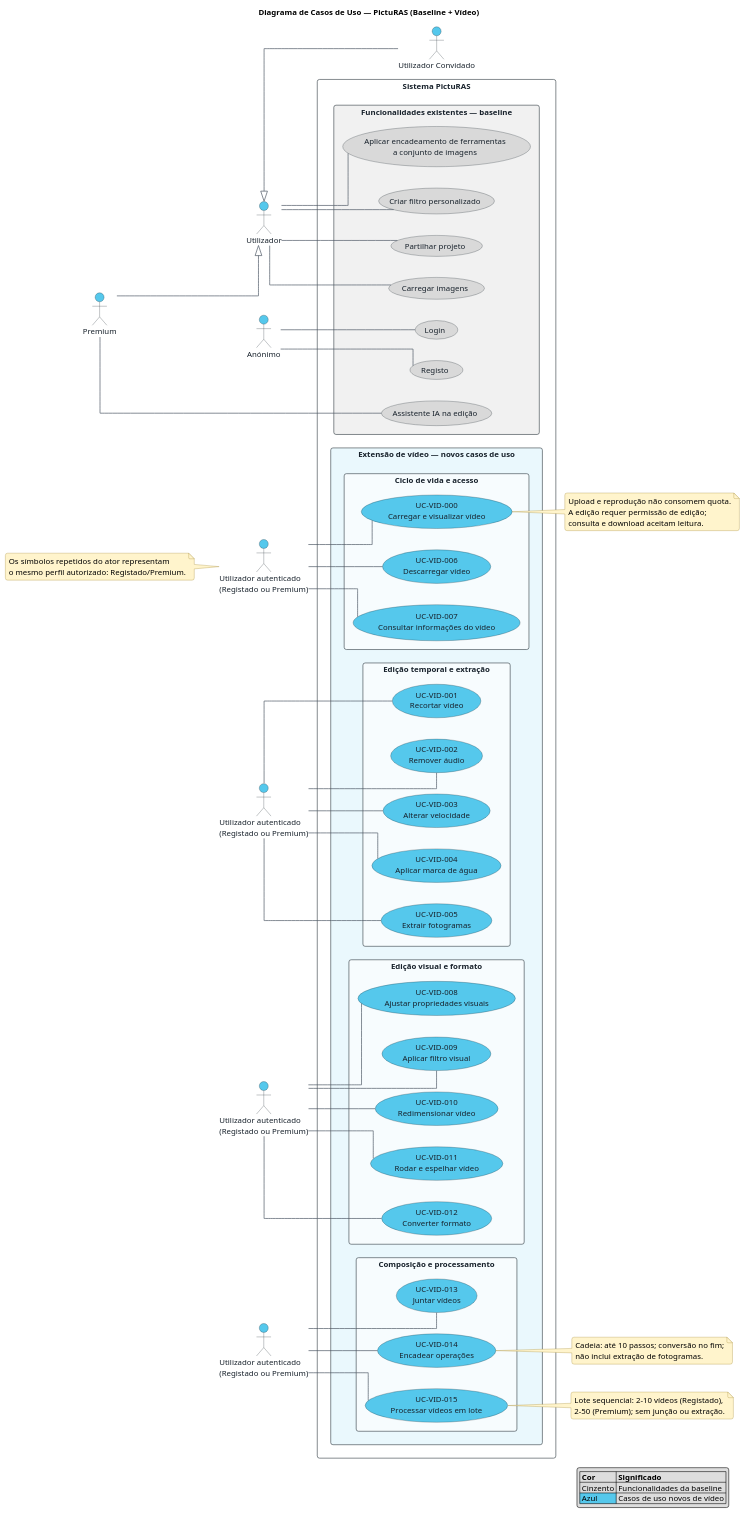
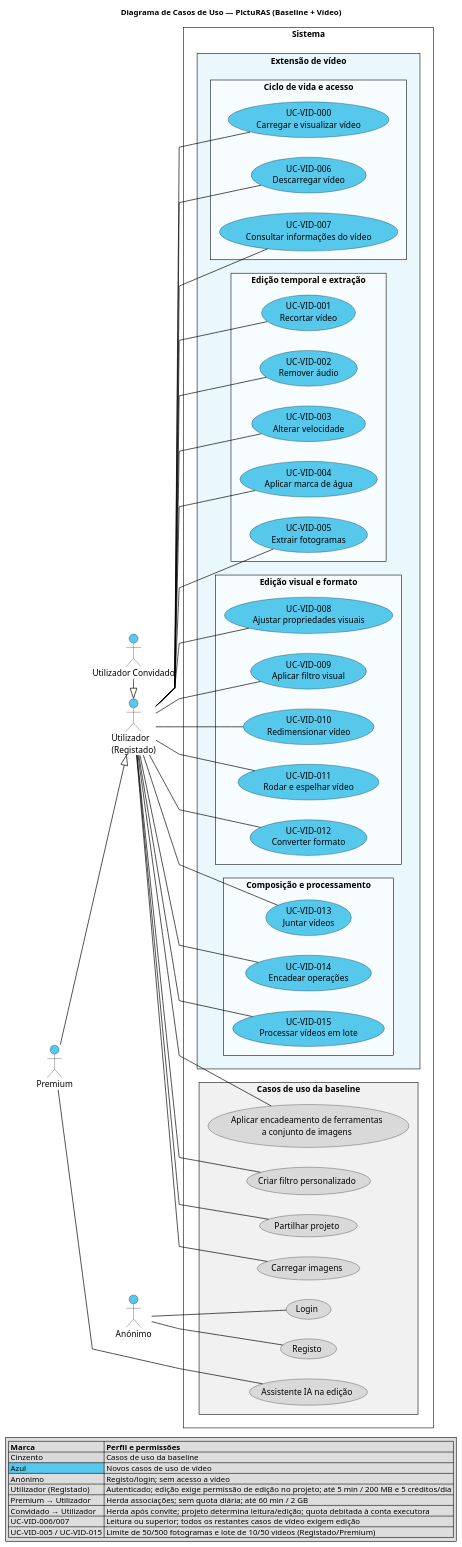
The diagram in docs/diagrams/diagrama_casos_uso.puml (luis444coelho/picturas-27-extension), drawn with PlantUML before and after one commit. The commit also changed 4 other files, not shown here.

Commit message:
capítulo 3 e diagramas

```diff
--- a/docs/diagrams/diagrama_casos_uso.puml
+++ b/docs/diagrams/diagrama_casos_uso.puml
@@ -1,142 +1,123 @@
 @startuml diagrama_casos_uso
 
-' Diagrama consolidado: funcionalidades da baseline + extensão de vídeo.
+' Notação, fronteira do sistema e paleta próximas da baseline.
 left to right direction
 skinparam monochrome false
 skinparam shadowing false
-skinparam linetype ortho
+skinparam linetype polyline
 skinparam packageStyle rectangle
-skinparam roundcorner 8
+skinparam roundcorner 0
 skinparam defaultFontName Arial
-skinparam defaultFontSize 14
+skinparam defaultFontSize 15
 skinparam actorStyle stickman
-skinparam ArrowColor #4B5563
+skinparam ArrowColor black
 skinparam ArrowThickness 1.2
-skinparam usecaseBorderColor #263238
-skinparam usecaseFontColor #17212B
+skinparam usecaseBorderColor black
+skinparam usecaseFontColor black
 skinparam actorBackgroundColor #55C8EC
-skinparam actorBorderColor #263238
-skinparam actorFontColor #17212B
-skinparam packageBorderColor #73808C
-skinparam packageFontColor #263238
-skinparam rectangleBorderColor #263238
-skinparam rectangleFontColor #17212B
-skinparam noteBackgroundColor #FFF4CC
-skinparam noteBorderColor #9A7B20
-skinparam nodesep 38
-skinparam ranksep 45
+skinparam actorBorderColor black
+skinparam actorFontColor black
+skinparam packageBorderColor #333333
+skinparam packageFontColor black
+skinparam rectangleBorderColor black
+skinparam rectangleFontColor black
+skinparam nodesep 35
+skinparam ranksep 35
 
 title Diagrama de Casos de Uso — PictuRAS (Baseline + Vídeo)
 
-' Atores da baseline e perfis autorizados para o novo subsistema.
+' Utilizador representa o perfil autenticado Registado.
+' Premium e Convidado são especializações e herdam as associações do ator base.
+' Anónimo permanece independente: não pode aceder às funcionalidades de vídeo.
 actor "Anónimo" as Anonimo
-actor "Utilizador" as Utilizador
 actor "Utilizador Convidado" as Convidado
+actor "Utilizador\n(Registado)" as Utilizador
 actor "Premium" as Premium
-actor "Utilizador autenticado\n(Registado ou Premium)" as AtorCiclo
-actor "Utilizador autenticado\n(Registado ou Premium)" as AtorEdicaoTemporal
-actor "Utilizador autenticado\n(Registado ou Premium)" as AtorEdicaoVisual
-actor "Utilizador autenticado\n(Registado ou Premium)" as AtorComposicao
 
-Convidado -up-|> Utilizador
+Convidado -right-|> Utilizador
 Premium -down-|> Utilizador
 
-rectangle "Sistema PictuRAS" {
-  package "Funcionalidades existentes — baseline" as Baseline #F1F1F1 {
+rectangle "Sistema" {
+  package "Casos de uso da baseline" as Baseline #F1F1F1 {
     usecase "Registo" as UC_Registo #D9D9D9
     usecase "Login" as UC_Login #D9D9D9
     usecase "Carregar imagens" as UC_CarregarImagens #D9D9D9
     usecase "Aplicar encadeamento de ferramentas\na conjunto de imagens" as UC_EncadeamentoImagens #D9D9D9
     usecase "Criar filtro personalizado" as UC_FiltroPersonalizado #D9D9D9
     usecase "Partilhar projeto" as UC_Partilhar #D9D9D9
     usecase "Assistente IA na edição" as UC_AssistenteIA #D9D9D9
   }
 
-  package "Extensão de vídeo — novos casos de uso" as Video #EAF8FD {
+  package "Extensão de vídeo" as Video #EAF8FD {
     package "Ciclo de vida e acesso" as Ciclo #F7FCFE {
       usecase "UC-VID-000\nCarregar e visualizar vídeo" as UC_VID_000 #55C8EC
       usecase "UC-VID-006\nDescarregar vídeo" as UC_VID_006 #55C8EC
       usecase "UC-VID-007\nConsultar informações do vídeo" as UC_VID_007 #55C8EC
     }
 
-    package "Edição temporal e extração" as EdicaoTemporal #F7FCFE {
+    package "Edição temporal e extração" as Temporal #F7FCFE {
       usecase "UC-VID-001\nRecortar vídeo" as UC_VID_001 #55C8EC
       usecase "UC-VID-002\nRemover áudio" as UC_VID_002 #55C8EC
       usecase "UC-VID-003\nAlterar velocidade" as UC_VID_003 #55C8EC
       usecase "UC-VID-004\nAplicar marca de água" as UC_VID_004 #55C8EC
       usecase "UC-VID-005\nExtrair fotogramas" as UC_VID_005 #55C8EC
     }
 
-    package "Edição visual e formato" as EdicaoVisual #F7FCFE {
+    package "Edição visual e formato" as Visual #F7FCFE {
       usecase "UC-VID-008\nAjustar propriedades visuais" as UC_VID_008 #55C8EC
       usecase "UC-VID-009\nAplicar filtro visual" as UC_VID_009 #55C8EC
       usecase "UC-VID-010\nRedimensionar vídeo" as UC_VID_010 #55C8EC
       usecase "UC-VID-011\nRodar e espelhar vídeo" as UC_VID_011 #55C8EC
       usecase "UC-VID-012\nConverter formato" as UC_VID_012 #55C8EC
     }
 
     package "Composição e processamento" as Composicao #F7FCFE {
       usecase "UC-VID-013\nJuntar vídeos" as UC_VID_013 #55C8EC
       usecase "UC-VID-014\nEncadear operações" as UC_VID_014 #55C8EC
       usecase "UC-VID-015\nProcessar vídeos em lote" as UC_VID_015 #55C8EC
     }
   }
 }
 
-' Associações dos casos de uso da baseline.
+' Acesso anónimo apenas a registo e autenticação.
 Anonimo -- UC_Registo
 Anonimo -- UC_Login
+
+' Associações da baseline.
 Utilizador -- UC_CarregarImagens
 Utilizador -- UC_EncadeamentoImagens
 Utilizador -- UC_FiltroPersonalizado
 Utilizador -- UC_Partilhar
 Premium -- UC_AssistenteIA
 
-' Ator repetido por grupo apenas para tornar as associações locais legíveis.
-' Os quatro símbolos representam o mesmo perfil autorizado (Registado/Premium).
-AtorCiclo -- UC_VID_000
-AtorCiclo -- UC_VID_006
-AtorCiclo -- UC_VID_007
-AtorEdicaoTemporal -- UC_VID_001
-AtorEdicaoTemporal -- UC_VID_002
-AtorEdicaoTemporal -- UC_VID_003
-AtorEdicaoTemporal -- UC_VID_004
-AtorEdicaoTemporal -- UC_VID_005
-AtorEdicaoVisual -- UC_VID_008
-AtorEdicaoVisual -- UC_VID_009
-AtorEdicaoVisual -- UC_VID_010
-AtorEdicaoVisual -- UC_VID_011
-AtorEdicaoVisual -- UC_VID_012
-AtorComposicao -- UC_VID_013
-AtorComposicao -- UC_VID_014
-AtorComposicao -- UC_VID_015
+' Associações de vídeo no ator base: os perfis especializados herdam-nas.
+Utilizador -- UC_VID_000
+Utilizador -- UC_VID_001
+Utilizador -- UC_VID_002
+Utilizador -- UC_VID_003
+Utilizador -- UC_VID_004
+Utilizador -- UC_VID_005
+Utilizador -- UC_VID_006
+Utilizador -- UC_VID_007
+Utilizador -- UC_VID_008
+Utilizador -- UC_VID_009
+Utilizador -- UC_VID_010
+Utilizador -- UC_VID_011
+Utilizador -- UC_VID_012
+Utilizador -- UC_VID_013
+Utilizador -- UC_VID_014
+Utilizador -- UC_VID_015
 
-' Orientações curtas para políticas específicas sem ligações pontilhadas longas.
-note right of UC_VID_000
-  Upload e reprodução não consomem quota.
-  A edição requer permissão de edição;
-  consulta e download aceitam leitura.
-end note
-
-note left of AtorCiclo
-  Os símbolos repetidos do ator representam
-  o mesmo perfil autorizado: Registado/Premium.
-end note
-
-note right of UC_VID_014
-  Cadeia: até 10 passos; conversão no fim;
-  não inclui extração de fotogramas.
-end note
-
-note right of UC_VID_015
-  Lote sequencial: 2–10 vídeos (Registado),
-  2–50 (Premium); sem junção ou extração.
-end note
-
-legend right
-  |= Cor |= Significado |
-  |<#D9D9D9> Cinzento | Funcionalidades da baseline |
-  |<#55C8EC> Azul | Casos de uso novos de vídeo |
+legend bottom
+  |= Marca |= Perfil e permissões |
+  |<#D9D9D9> Cinzento | Casos de uso da baseline |
+  |<#55C8EC> Azul | Novos casos de uso de vídeo |
+  | Anónimo | Registo/login; sem acesso a vídeo |
+  | Utilizador (Registado) | Autenticado; edição exige permissão de edição no projeto; até 5 min / 200 MB e 5 créditos/dia |
+  | Premium → Utilizador | Herda associações; sem quota diária; até 60 min / 2 GB |
+  | Convidado → Utilizador | Herda após convite; projeto determina leitura/edição; quota debitada à conta executora |
+  | UC-VID-006/007 | Leitura ou superior; todos os restantes casos de vídeo exigem edição |
+  | UC-VID-005 / UC-VID-015 | Limite de 50/500 fotogramas e lote de 10/50 vídeos (Registado/Premium) |
 endlegend
 
 @enduml
```
